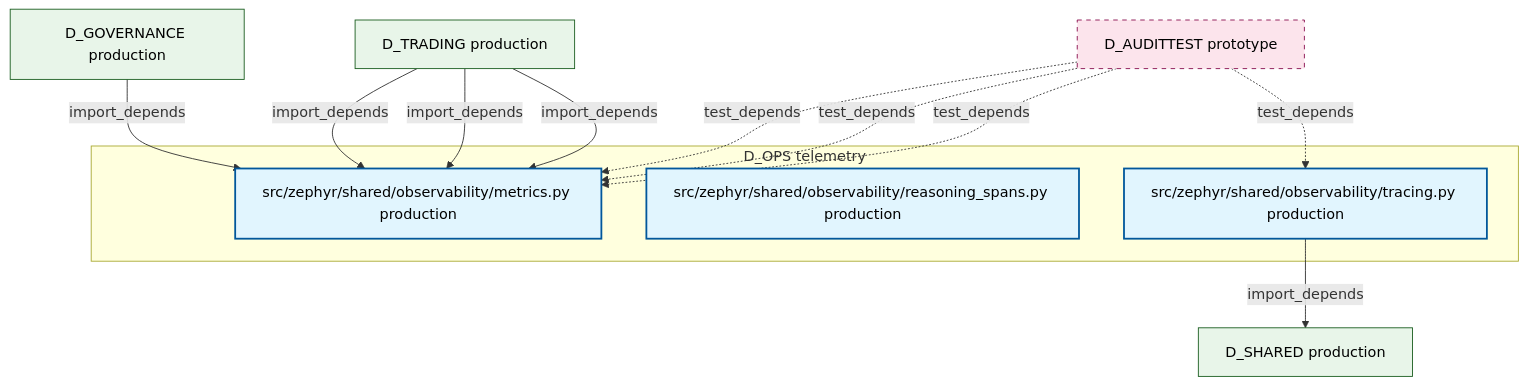
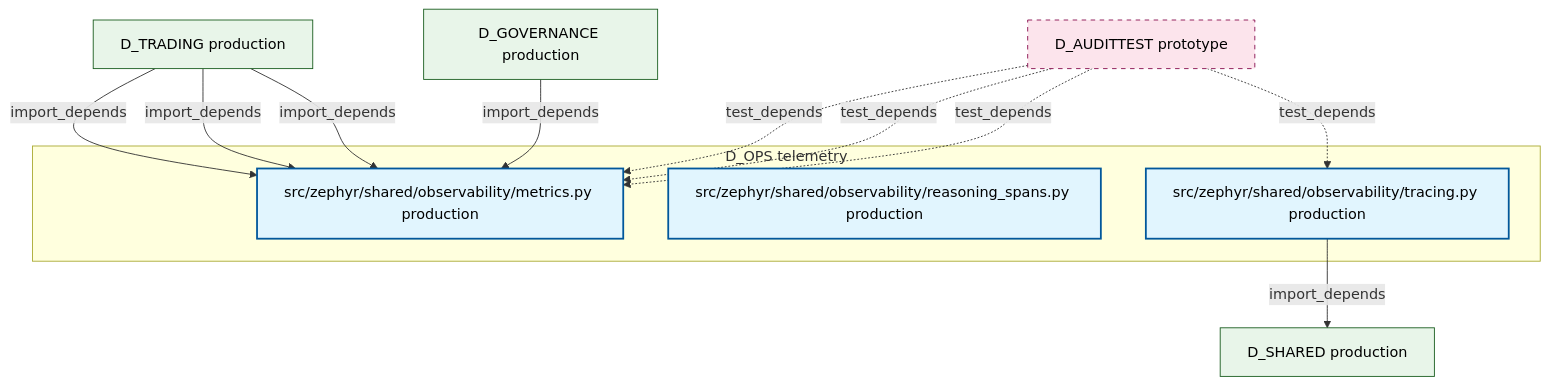
Before and after one commit to xuanFelixVan/ZephyrAlpha: the diagram in docs/02_enterprise_architecture/02_domain_architecture_docs/15_d_ops.md, drawn with Mermaid. The commit also changed other lines of this file and 70 other files, not shown here.

````diff
--- a/docs/02_enterprise_architecture/02_domain_architecture_docs/15_d_ops.md
+++ b/docs/02_enterprise_architecture/02_domain_architecture_docs/15_d_ops.md
@@ -47,28 +47,28 @@
 ```mermaid
 graph TD
     subgraph D_OPS["D_OPS telemetry"]
         src_zephyr_shared_observability_metrics_py["src/zephyr/shared/observability/metrics.py production"]
         src_zephyr_shared_observability_reasoning_spans_py["src/zephyr/shared/observability/reasoning_spans.py production"]
         src_zephyr_shared_observability_tracing_py["src/zephyr/shared/observability/tracing.py production"]
     end
     D_SHARED["D_SHARED production"]
     src_zephyr_shared_observability_tracing_py -->|import_depends| D_SHARED
-    D_GOVERNANCE["D_GOVERNANCE production"]
-    D_GOVERNANCE -->|import_depends| src_zephyr_shared_observability_metrics_py
     D_TRADING["D_TRADING production"]
-    D_TRADING -->|import_depends| src_zephyr_shared_observability_metrics_py
     D_TRADING -->|import_depends| src_zephyr_shared_observability_metrics_py
     D_TRADING -->|import_depends| src_zephyr_shared_observability_metrics_py
     D_AUDITTEST["D_AUDITTEST prototype"]
     D_AUDITTEST -.->|test_depends| src_zephyr_shared_observability_metrics_py
+    D_GOVERNANCE["D_GOVERNANCE production"]
+    D_GOVERNANCE -->|import_depends| src_zephyr_shared_observability_metrics_py
     D_AUDITTEST -.->|test_depends| src_zephyr_shared_observability_metrics_py
+    D_TRADING -->|import_depends| src_zephyr_shared_observability_metrics_py
     D_AUDITTEST -.->|test_depends| src_zephyr_shared_observability_metrics_py
     D_AUDITTEST -.->|test_depends| src_zephyr_shared_observability_tracing_py
     classDef production fill:#e1f5fe,stroke:#01579b,stroke-width:2px,color:#000
     classDef design fill:#fff3e0,stroke:#e65100,stroke-width:2px,color:#000,stroke-dasharray: 5 5
     classDef external_prod fill:#e8f5e9,stroke:#1b5e20,stroke-width:1px,color:#000
     classDef external_design fill:#fce4ec,stroke:#880e4f,stroke-width:1px,color:#000,stroke-dasharray: 5 5
     class src_zephyr_shared_observability_metrics_py,src_zephyr_shared_observability_reasoning_spans_py,src_zephyr_shared_observability_tracing_py production
-    class D_SHARED,D_GOVERNANCE,D_TRADING external_prod
+    class D_SHARED,D_TRADING,D_GOVERNANCE external_prod
     class D_AUDITTEST external_design
 ```
````
